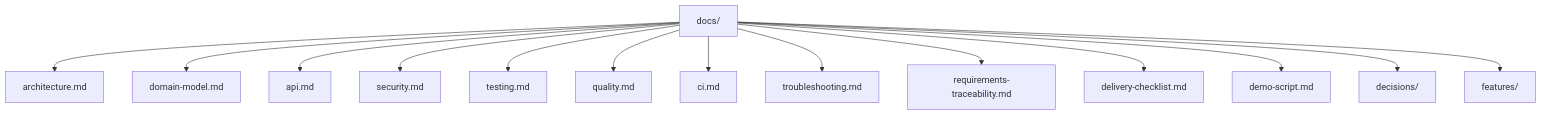
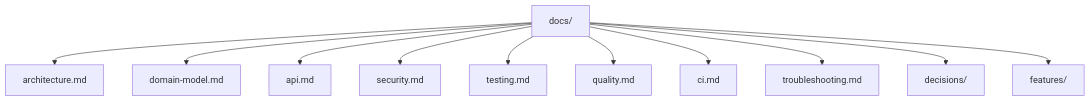
Before and after one commit to CristhianLagunaM/launchforge: the sixth of 6 diagrams in README.md, drawn with Mermaid. The commit also changed other lines of this file and 4 other files, not shown here.

````diff
--- a/README.md
+++ b/README.md
@@ -364,16 +364,13 @@
 ```mermaid
 flowchart TD
     D[docs/] --> A[architecture.md]
     D --> DM[domain-model.md]
     D --> API[api.md]
     D --> S[security.md]
     D --> T[testing.md]
     D --> Q[quality.md]
     D --> CI[ci.md]
     D --> TR[troubleshooting.md]
-    D --> R[requirements-traceability.md]
-    D --> DC[delivery-checklist.md]
-    D --> DS[demo-script.md]
     D --> DEC[decisions/]
     D --> F[features/]
 ```
````
